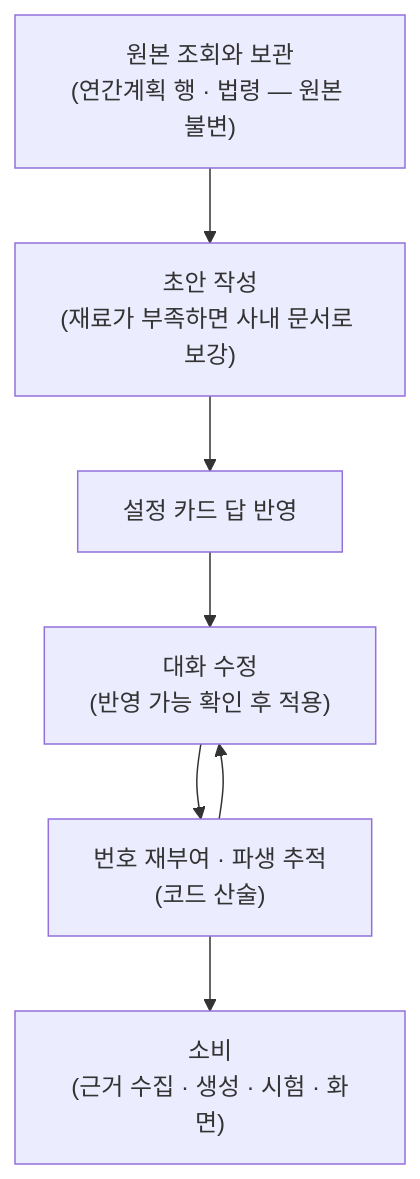
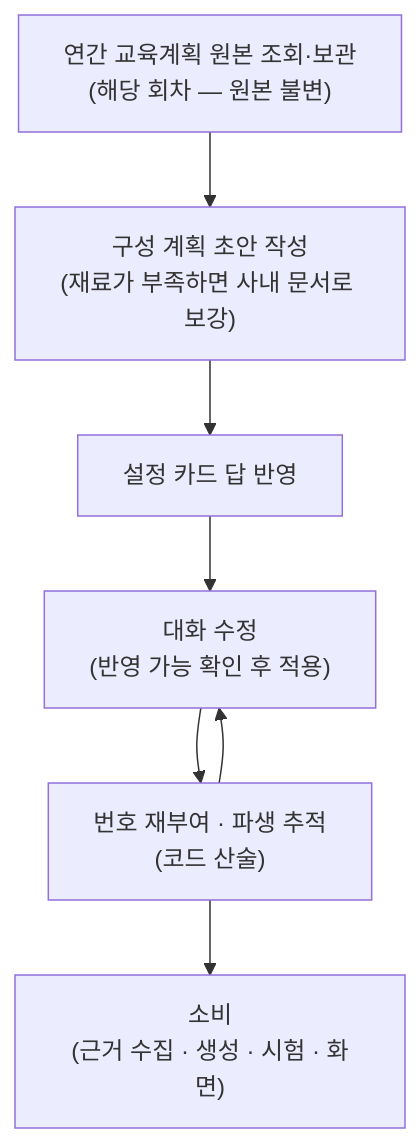
Before and after one commit to Doc-AI-Agent-development/Doc-AI-Agent-development.github.io: the diagram in docs/edu-material/syllabus.md, drawn with Mermaid. The commit also changed other lines of this file and 8 other files, not shown here.

````diff
--- a/docs/edu-material/syllabus.md
+++ b/docs/edu-material/syllabus.md
@@ -29,9 +29,9 @@
 ```mermaid
 flowchart TD
-  A["원본 조회와 보관<br/>(연간계획 행 · 법령 — 원본 불변)"] --> B["초안 작성<br/>(재료가 부족하면 사내 문서로 보강)"]
+  A["연간 교육계획 원본 조회·보관<br/>(해당 회차 — 원본 불변)"] --> B["구성 계획 초안 작성<br/>(재료가 부족하면 사내 문서로 보강)"]
   B --> C["설정 카드 답 반영"]
   C --> D["대화 수정<br/>(반영 가능 확인 후 적용)"]
   D --> E["번호 재부여 · 파생 추적<br/>(코드 산술)"]
   E --> D
   E --> F["소비<br/>(근거 수집 · 생성 · 시험 · 화면)"]
 ```
````
